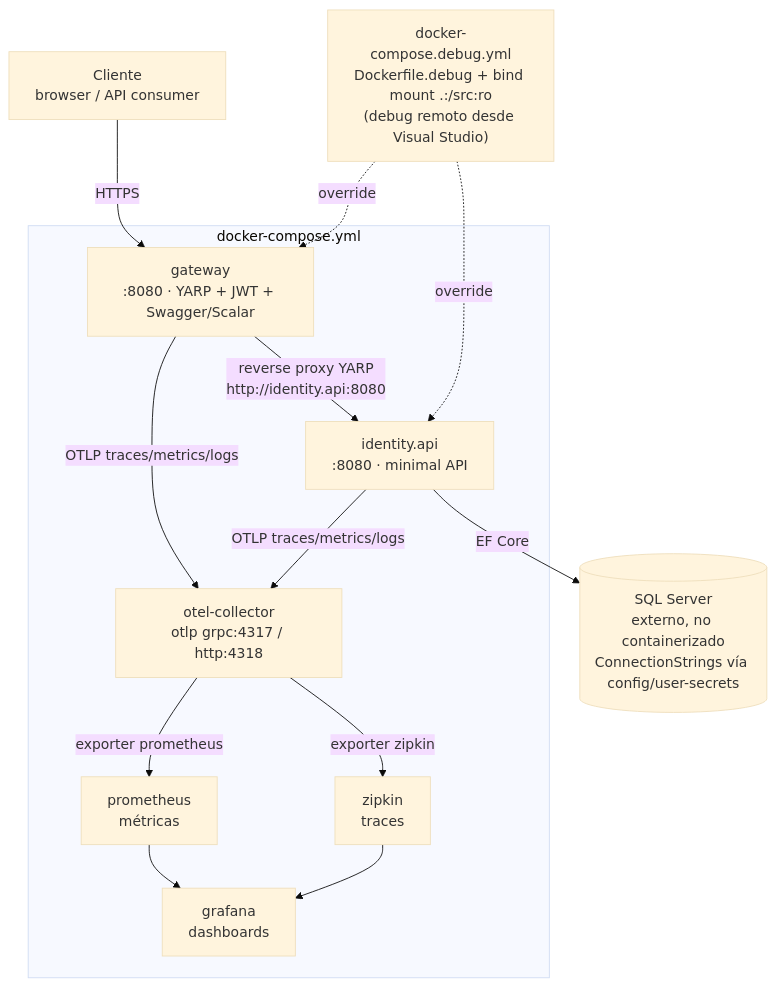
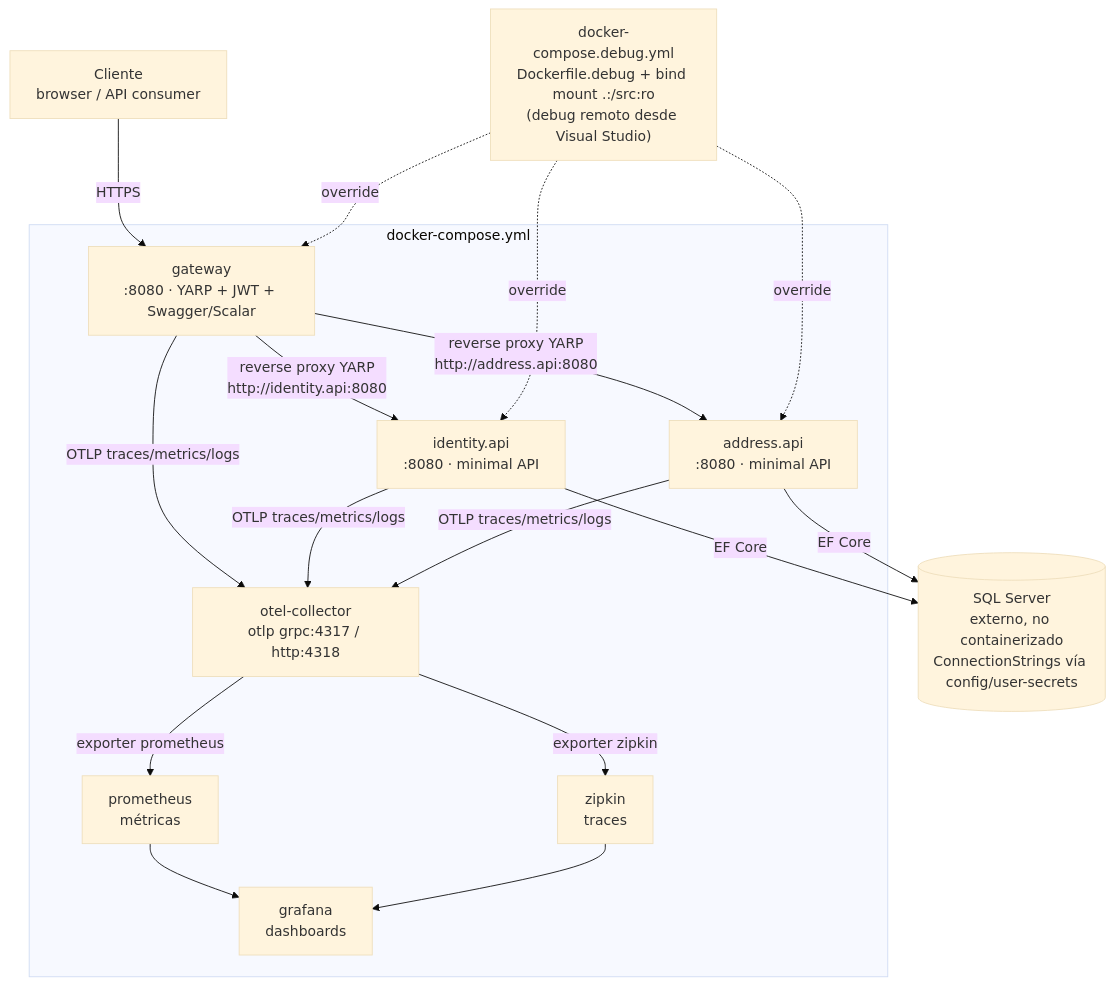
Before and after one commit to BayonaDevelop/NetErp: the second of 2 diagrams in .claude/CLAUDE.md, drawn with Mermaid (base theme). The commit also changed other lines of this file and 10 other files, not shown here.

````diff
--- a/.claude/CLAUDE.md
+++ b/.claude/CLAUDE.md
@@ -80,30 +110,35 @@
 ```mermaid
 graph TB
   Client["Cliente<br/>browser / API consumer"]
 
   subgraph Compose["docker-compose.yml"]
     Gateway["gateway<br/>:8080 · YARP + JWT + Swagger/Scalar"]
     IdentityApi["identity.api<br/>:8080 · minimal API"]
+    AddressApi["address.api<br/>:8080 · minimal API"]
     Otel["otel-collector<br/>otlp grpc:4317 / http:4318"]
     Zipkin["zipkin<br/>traces"]
     Prometheus["prometheus<br/>métricas"]
     Grafana["grafana<br/>dashboards"]
   end
 
   SqlServer[("SQL Server<br/>externo, no containerizado<br/>ConnectionStrings vía config/user-secrets")]
 
   Client -->|HTTPS| Gateway
   Gateway -->|"reverse proxy YARP<br/>http://identity.api:8080"| IdentityApi
+  Gateway -->|"reverse proxy YARP<br/>http://address.api:8080"| AddressApi
   IdentityApi -->|EF Core| SqlServer
+  AddressApi -->|EF Core| SqlServer
 
   Gateway -->|OTLP traces/metrics/logs| Otel
   IdentityApi -->|OTLP traces/metrics/logs| Otel
+  AddressApi -->|OTLP traces/metrics/logs| Otel
   Otel -->|exporter zipkin| Zipkin
   Otel -->|exporter prometheus| Prometheus
   Prometheus --> Grafana
   Zipkin --> Grafana
 
   Debug["docker-compose.debug.yml<br/>Dockerfile.debug + bind mount .:/src:ro<br/>(debug remoto desde Visual Studio)"]
   Debug -.->|override| Gateway
   Debug -.->|override| IdentityApi
+  Debug -.->|override| AddressApi
 ```
````
